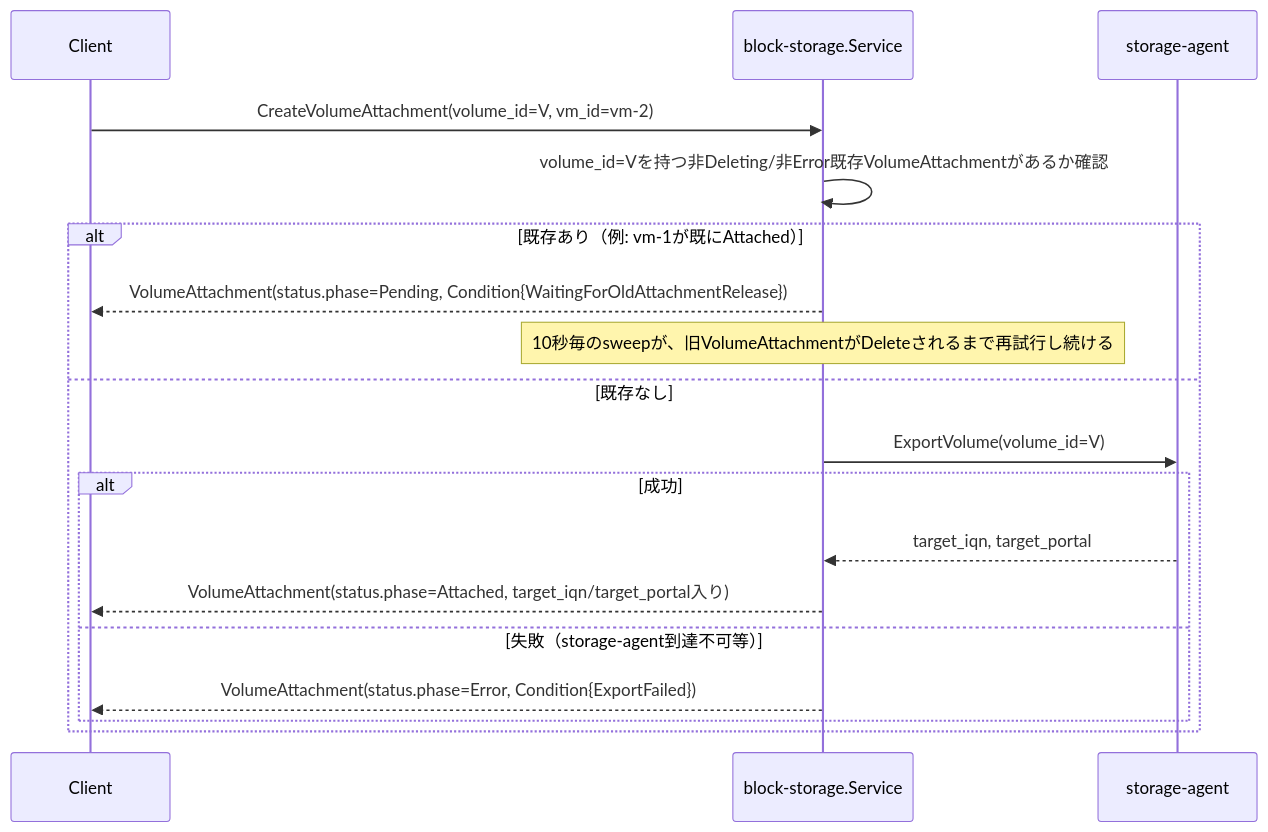
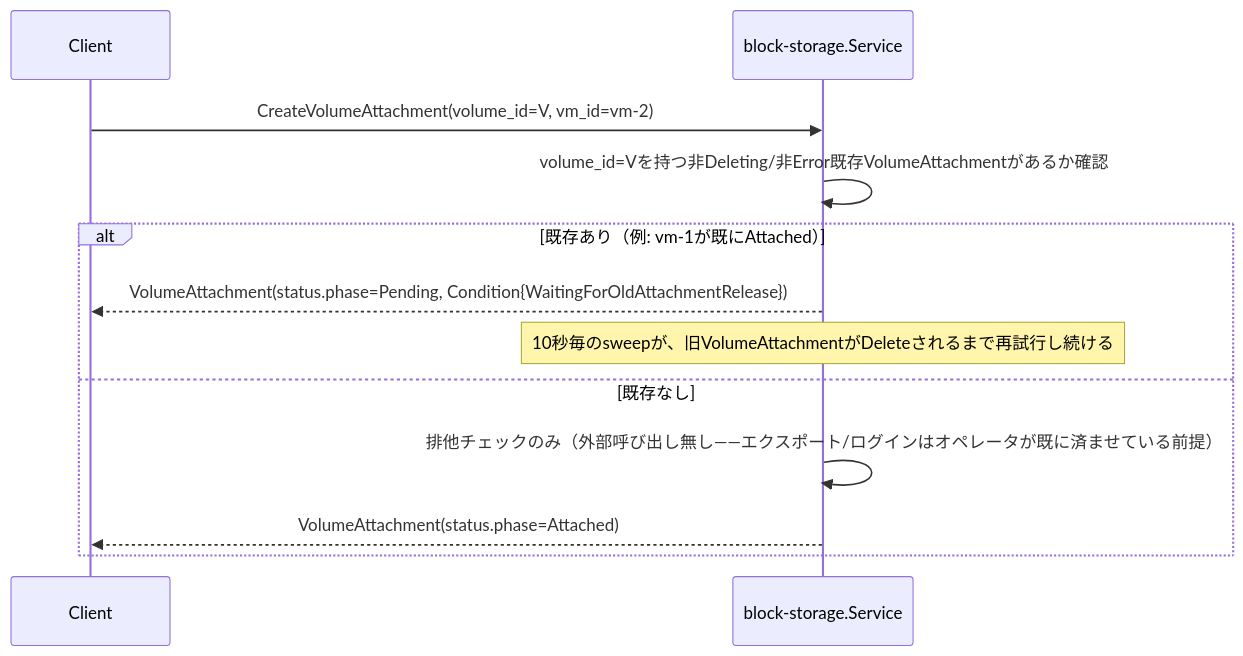
The diagram in docs/specs/volume.md (kiyuta1230/kyuusha), drawn with Mermaid before and after one commit. The commit also changed other lines of this file and 43 other files, not shown here.

````diff
--- a/docs/specs/volume.md
+++ b/docs/specs/volume.md
@@ -54,21 +63,15 @@
 ```mermaid
 sequenceDiagram
     participant Cl as Client
     participant BS as block-storage.Service
-    participant SA as storage-agent
 
     Cl->>BS: CreateVolumeAttachment(volume_id=V, vm_id=vm-2)
     BS->>BS: volume_id=Vを持つ非Deleting/非Error既存VolumeAttachmentがあるか確認
     alt 既存あり（例: vm-1が既にAttached）
         BS-->>Cl: VolumeAttachment(status.phase=Pending, Condition{WaitingForOldAttachmentRelease})
         Note over BS: 10秒毎のsweepが、旧VolumeAttachmentがDeleteされるまで再試行し続ける
     else 既存なし
-        BS->>SA: ExportVolume(volume_id=V)
-        alt 成功
-            SA-->>BS: target_iqn, target_portal
-            BS-->>Cl: VolumeAttachment(status.phase=Attached, target_iqn/target_portal入り)
-        else 失敗（storage-agent到達不可等）
-            BS-->>Cl: VolumeAttachment(status.phase=Error, Condition{ExportFailed})
-        end
+        BS->>BS: 排他チェックのみ（外部呼び出し無し——エクスポート/ログインはオペレータが既に済ませている前提）
+        BS-->>Cl: VolumeAttachment(status.phase=Attached)
     end
 ```
````
